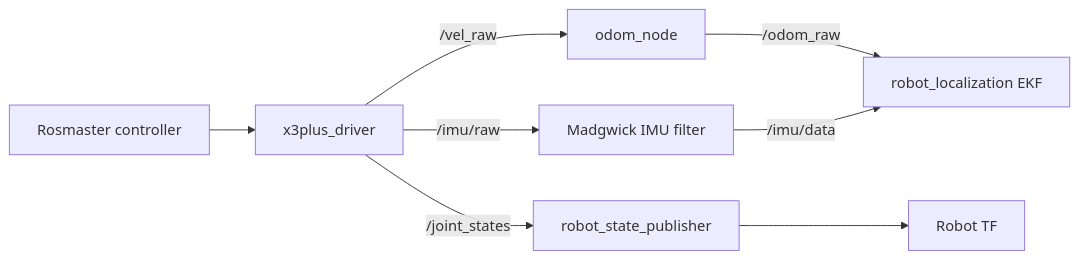
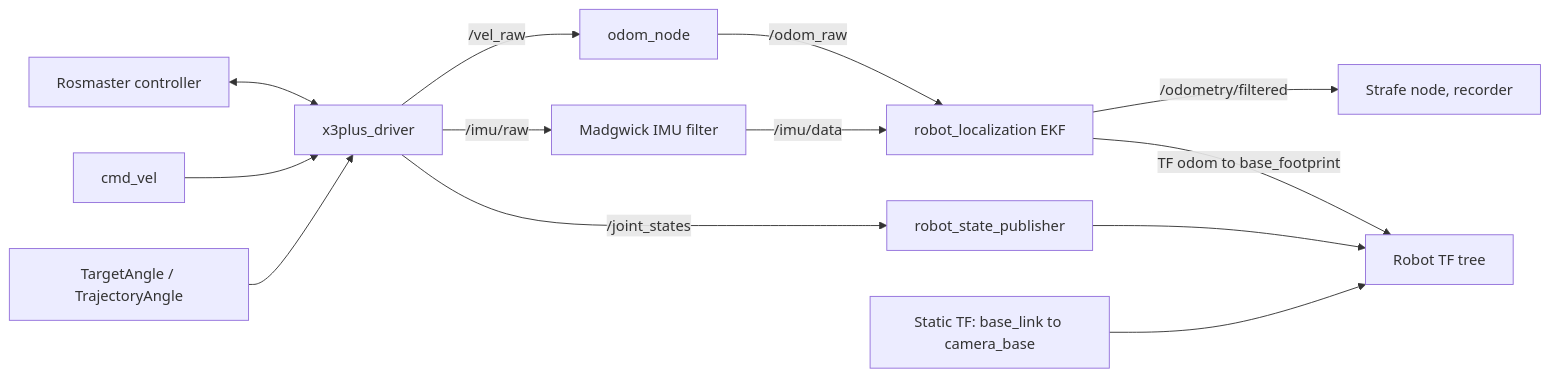
One commit to Kumaran1701/x3plus_ros2_ws changed the diagram in x3plus_bringup/README.md. Above: the diagram before and after it, drawn with Mermaid. The commit also changed other lines of this file, not shown here.

````diff
--- a/x3plus_bringup/README.md
+++ b/x3plus_bringup/README.md
@@ -10,18 +15,24 @@
 ```mermaid
 flowchart LR
     HW[Rosmaster controller]
     DRIVER[x3plus_driver]
     ODOM[odom_node]
     IMU[Madgwick IMU filter]
     EKF[robot_localization EKF]
     RSP[robot_state_publisher]
-    TF[Robot TF]
+    TF[Robot TF tree]
+    CAM[Static TF: base_link to camera_base]
 
-    HW --> DRIVER
+    HW <--> DRIVER
+    CMD[cmd_vel] --> DRIVER
+    ARM[TargetAngle / TrajectoryAngle] --> DRIVER
     DRIVER -->|/vel_raw| ODOM
     ODOM -->|/odom_raw| EKF
     DRIVER -->|/imu/raw| IMU
     IMU -->|/imu/data| EKF
+    EKF -->|/odometry/filtered| OUT[Strafe node, recorder]
+    EKF -->|TF odom to base_footprint| TF
     DRIVER -->|/joint_states| RSP
     RSP --> TF
+    CAM --> TF
 ```
````
